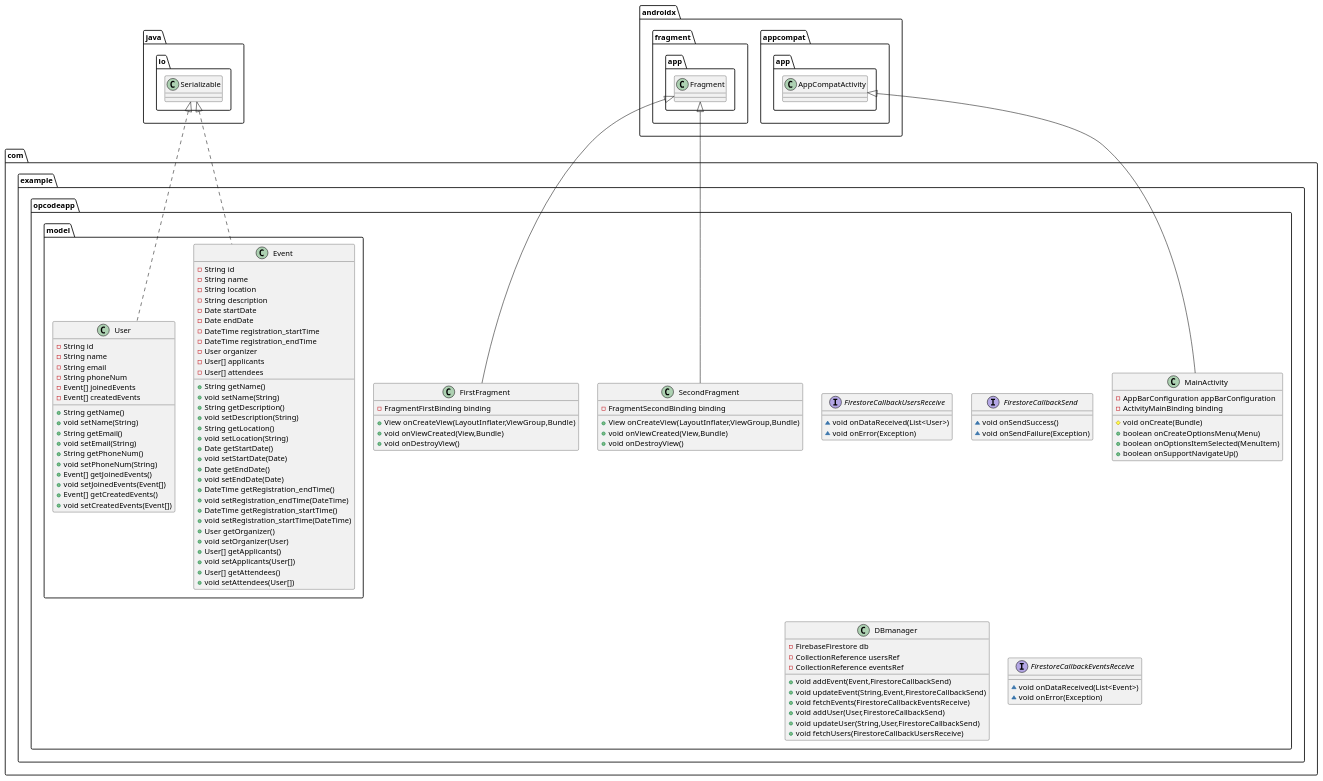
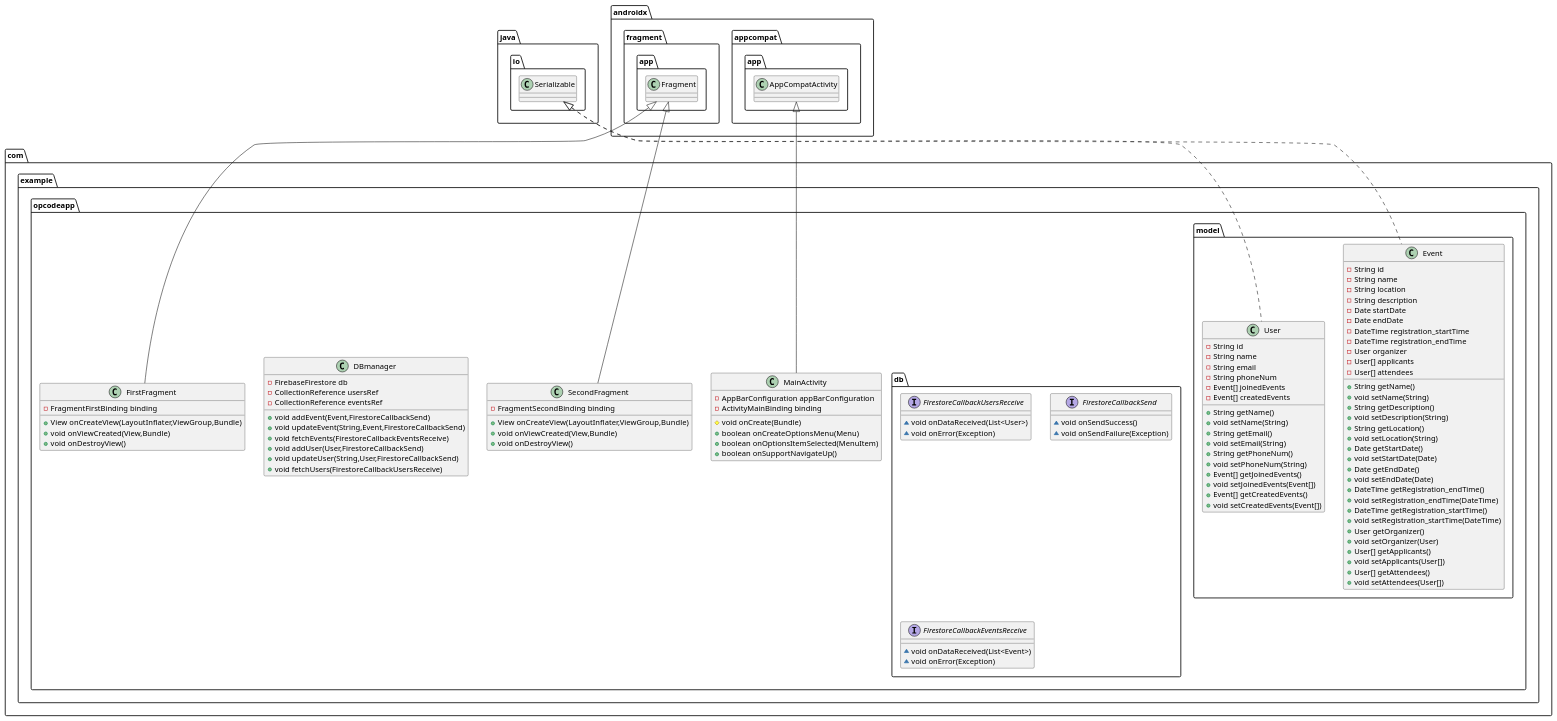
Before and after one commit to cshah25/opcode: the diagram in code/DBuml.puml, drawn with PlantUML. The commit also changed 68 other files, not shown here.

```diff
--- a/code/DBuml.puml
+++ b/code/DBuml.puml
@@ -1,118 +1,118 @@
 @startuml
 class com.example.opcodeapp.model.Event {
 - String id
 - String name
 - String location
 - String description
 - Date startDate
 - Date endDate
 - DateTime registration_startTime
 - DateTime registration_endTime
 - User organizer
 - User[] applicants
 - User[] attendees
 + String getName()
 + void setName(String)
 + String getDescription()
 + void setDescription(String)
 + String getLocation()
 + void setLocation(String)
 + Date getStartDate()
 + void setStartDate(Date)
 + Date getEndDate()
 + void setEndDate(Date)
 + DateTime getRegistration_endTime()
 + void setRegistration_endTime(DateTime)
 + DateTime getRegistration_startTime()
 + void setRegistration_startTime(DateTime)
 + User getOrganizer()
 + void setOrganizer(User)
 + User[] getApplicants()
 + void setApplicants(User[])
 + User[] getAttendees()
 + void setAttendees(User[])
 }
 
 
 class com.example.opcodeapp.MainActivity {
 - AppBarConfiguration appBarConfiguration
 - ActivityMainBinding binding
 # void onCreate(Bundle)
 + boolean onCreateOptionsMenu(Menu)
 + boolean onOptionsItemSelected(MenuItem)
 + boolean onSupportNavigateUp()
 }
 
 
 class com.example.opcodeapp.model.User {
 - String id
 - String name
 - String email
 - String phoneNum
 - Event[] joinedEvents
 - Event[] createdEvents
 + String getName()
 + void setName(String)
 + String getEmail()
 + void setEmail(String)
 + String getPhoneNum()
 + void setPhoneNum(String)
 + Event[] getJoinedEvents()
 + void setJoinedEvents(Event[])
 + Event[] getCreatedEvents()
 + void setCreatedEvents(Event[])
 }
 
 
 class com.example.opcodeapp.SecondFragment {
 - FragmentSecondBinding binding
 + View onCreateView(LayoutInflater,ViewGroup,Bundle)
 + void onViewCreated(View,Bundle)
 + void onDestroyView()
 }
 
 
-interface com.example.opcodeapp.FirestoreCallbackUsersReceive {
+interface com.example.opcodeapp.db.FirestoreCallbackUsersReceive {
 ~ void onDataReceived(List<User>)
 ~ void onError(Exception)
 }
 
-interface com.example.opcodeapp.FirestoreCallbackSend {
+interface com.example.opcodeapp.db.FirestoreCallbackSend {
 ~ void onSendSuccess()
 ~ void onSendFailure(Exception)
 }
 
 class com.example.opcodeapp.DBmanager {
 - FirebaseFirestore db
 - CollectionReference usersRef
 - CollectionReference eventsRef
 + void addEvent(Event,FirestoreCallbackSend)
 + void updateEvent(String,Event,FirestoreCallbackSend)
 + void fetchEvents(FirestoreCallbackEventsReceive)
 + void addUser(User,FirestoreCallbackSend)
 + void updateUser(String,User,FirestoreCallbackSend)
 + void fetchUsers(FirestoreCallbackUsersReceive)
 }
 
 
-interface com.example.opcodeapp.FirestoreCallbackEventsReceive {
+interface com.example.opcodeapp.db.FirestoreCallbackEventsReceive {
 ~ void onDataReceived(List<Event>)
 ~ void onError(Exception)
 }
 
 class com.example.opcodeapp.FirstFragment {
 - FragmentFirstBinding binding
 + View onCreateView(LayoutInflater,ViewGroup,Bundle)
 + void onViewCreated(View,Bundle)
 + void onDestroyView()
 }
 
 
 
 
 java.io.Serializable <|.. com.example.opcodeapp.model.Event
 androidx.appcompat.app.AppCompatActivity <|-- com.example.opcodeapp.MainActivity
 java.io.Serializable <|.. com.example.opcodeapp.model.User
 androidx.fragment.app.Fragment <|-- com.example.opcodeapp.SecondFragment
 androidx.fragment.app.Fragment <|-- com.example.opcodeapp.FirstFragment
 @enduml
```
